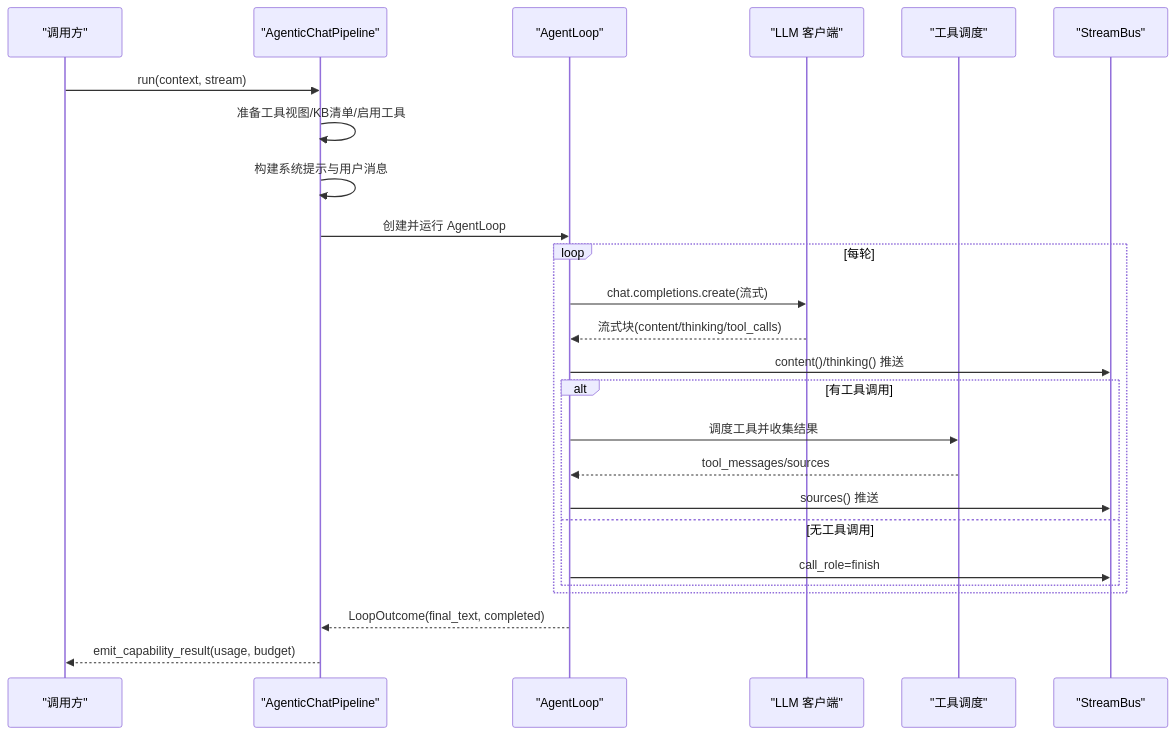
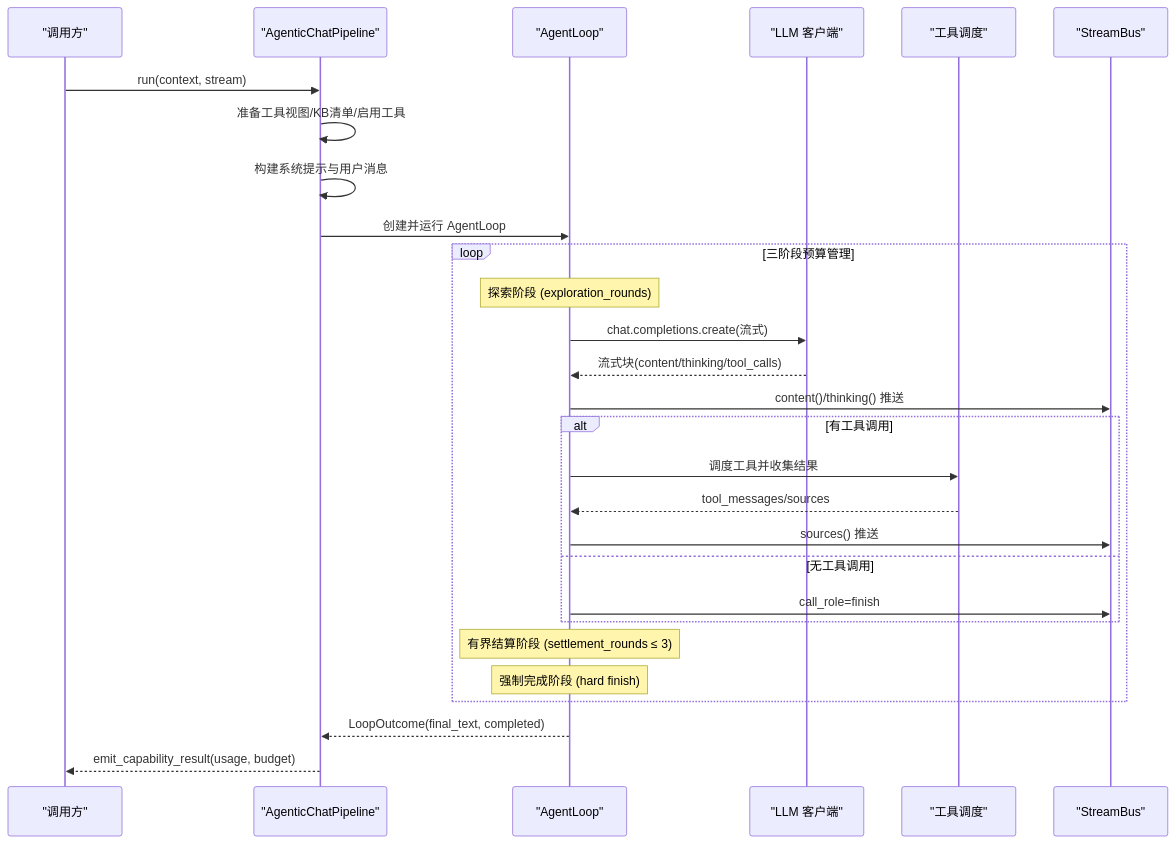
One commit to gongzili456/DeepTutor changed the second of 9 diagrams in .qoder/repowiki/zh/content/智能体系统/聊天智能体.md. Above: the diagram before and after it, drawn with Mermaid. The commit also changed other lines of this file and 821 other files, not shown here.

````diff
--- a/.qoder/repowiki/zh/content/智能体系统/聊天智能体.md
+++ b/.qoder/repowiki/zh/content/智能体系统/聊天智能体.md
@@ -97,27 +111,30 @@
 ```mermaid
 sequenceDiagram
 participant U as "调用方"
 participant P as "AgenticChatPipeline"
 participant L as "AgentLoop"
 participant M as "LLM 客户端"
 participant T as "工具调度"
 participant S as "StreamBus"
 U->>P : run(context, stream)
 P->>P : 准备工具视图/KB清单/启用工具
 P->>P : 构建系统提示与用户消息
 P->>L : 创建并运行 AgentLoop
-loop 每轮
+loop 三阶段预算管理
+Note over L : 探索阶段 (exploration_rounds)
 L->>M : chat.completions.create(流式)
 M-->>L : 流式块(content/thinking/tool_calls)
 L->>S : content()/thinking() 推送
 alt 有工具调用
 L->>T : 调度工具并收集结果
 T-->>L : tool_messages/sources
 L->>S : sources() 推送
 else 无工具调用
 L->>S : call_role=finish
 end
+Note over L : 有界结算阶段 (settlement_rounds ≤ 3)
+Note over L : 强制完成阶段 (hard finish)
 end
 L-->>P : LoopOutcome(final_text, completed)
 P-->>U : emit_capability_result(usage, budget)
 ```
````
